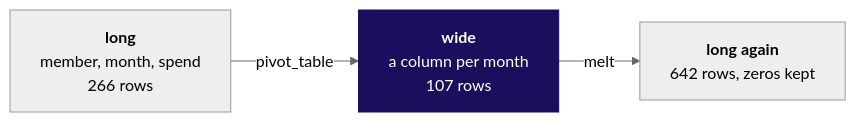
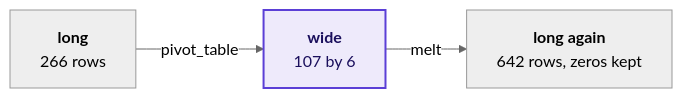
Diagram 14 of 19 in content/W02/D4/slides/C2_W02_D04_half1_STUDENT.md (fde-academy-lab/c2-content-factory), drawn with Mermaid (neutral theme) before and after one commit. The commit also changed other lines of this file and 9 other files, not shown here.

````diff
--- a/content/W02/D4/slides/C2_W02_D04_half1_STUDENT.md
+++ b/content/W02/D4/slides/C2_W02_D04_half1_STUDENT.md
@@ -729,7 +965,7 @@
 ```mermaid
 flowchart LR
-    L["<b>long</b><br/>member, month, spend<br/>266 rows"] -->|"pivot_table"| W["<b>wide</b><br/>a column per month<br/>107 rows"]
-    W -->|"melt"| B["<b>long again</b><br/>642 rows, zeros kept"]
-    classDef bet fill:#1A0F5C,stroke:#1A0F5C,color:#FFFFFF
-    class W bet
+    L["<b>long</b><br/>266 rows"] -->|pivot_table| W["<b>wide</b><br/>107 by 6"]
+    W -->|melt| B["<b>long again</b><br/>642 rows, zeros kept"]
+    classDef known fill:#EEEAFB,stroke:#5B3FD6,color:#1A0F5C,stroke-width:2px
+    class W known
 ```
````
